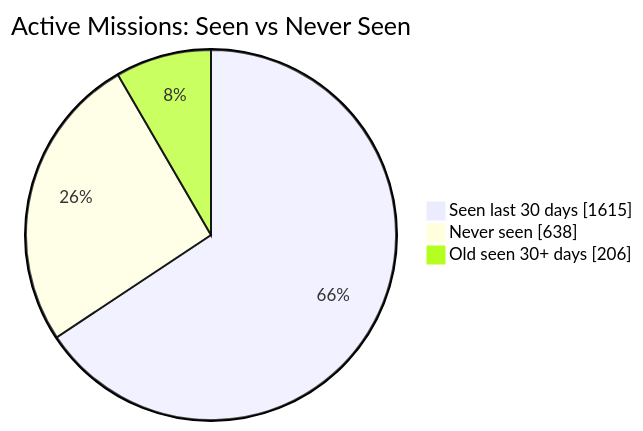
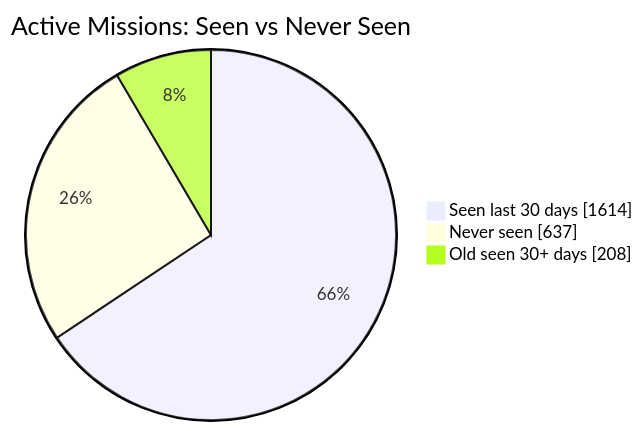
Before and after one commit to MeldkamerspelGameTeam/active-missions: the first of 2 diagrams in README.md, drawn with Mermaid. The commit also changed other lines of this file and 4 other files, not shown here.

````diff
--- a/README.md
+++ b/README.md
@@ -34,7 +34,7 @@
 ```mermaid
 pie showData
     title Active Missions: Seen vs Never Seen
-    "Seen last 30 days" : 1615
-    "Never seen" : 638
-    "Old seen 30+ days" : 206
+    "Seen last 30 days" : 1614
+    "Never seen" : 637
+    "Old seen 30+ days" : 208
 ```
````
